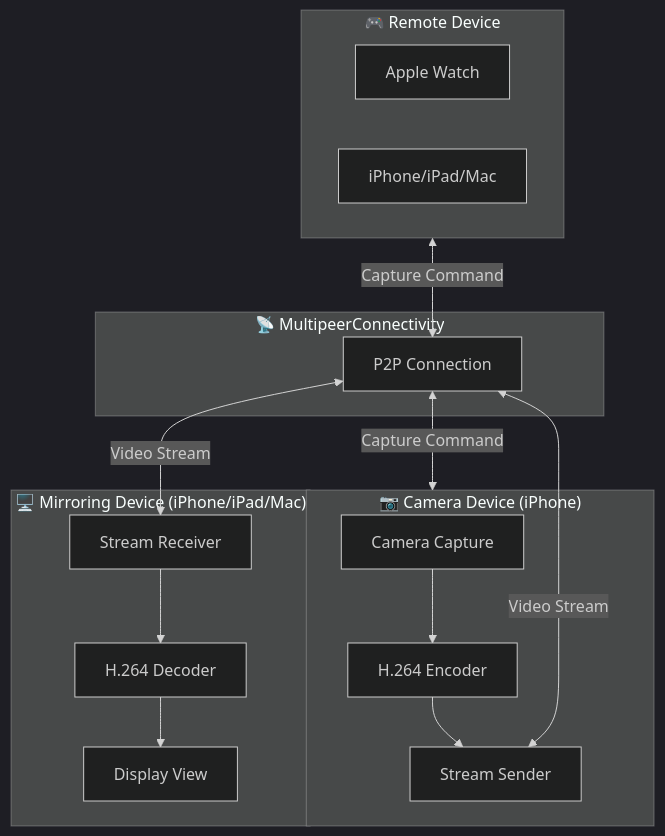
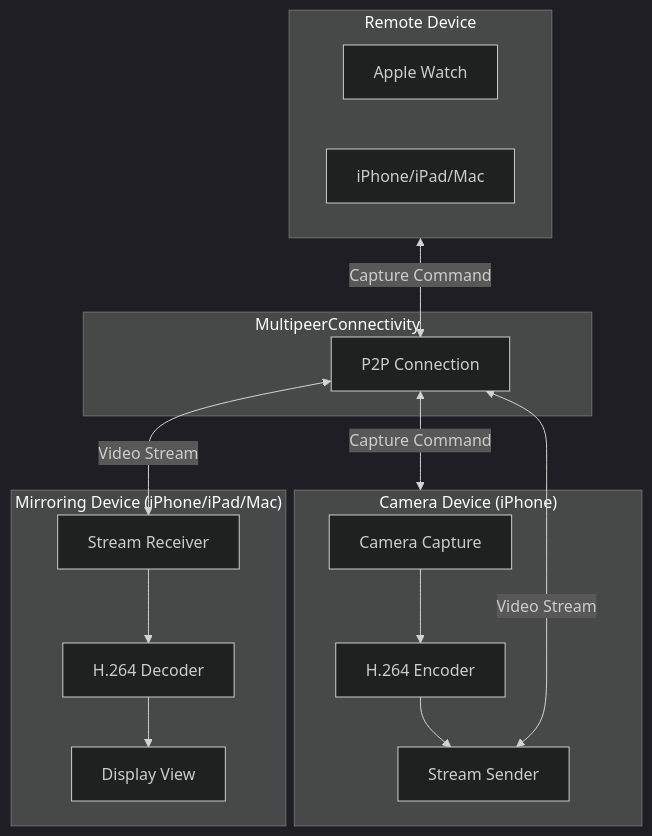
The second of 2 diagrams in README.md (boostcampwm2025/iOS03-dolAwang), drawn with Mermaid (dark theme) before and after one commit. The commit also changed other lines of this file, not shown here.

````diff
--- a/README.md
+++ b/README.md
@@ -156,30 +148,30 @@
 ```mermaid
 flowchart TB
-    subgraph Camera["📷 Camera Device (iPhone)"]
+    subgraph Camera["Camera Device (iPhone)"]
         CAM[Camera Capture]
         ENC[H.264 Encoder]
         SEND[Stream Sender]
         CAM --> ENC --> SEND
     end
     
-    subgraph MPC["📡 MultipeerConnectivity"]
+    subgraph MPC["MultipeerConnectivity"]
         CONN[P2P Connection]
     end
     
-    subgraph Mirroring["🖥️ Mirroring Device (iPhone/iPad/Mac)"]
+    subgraph Mirroring["Mirroring Device (iPhone/iPad/Mac)"]
         RECV[Stream Receiver]
         DEC[H.264 Decoder]
         DISP[Display View]
         RECV --> DEC --> DISP
     end
     
-    subgraph Remote["🎮 Remote Device"]
+    subgraph Remote["Remote Device"]
         WATCH[Apple Watch]
         OTHER[iPhone/iPad/Mac]
     end
     
     SEND <-->|"Video Stream"| CONN
     CONN <-->|"Video Stream"| RECV
     Remote <-->|"Capture Command"| CONN
     CONN <-->|"Capture Command"| Camera
 ```
````
